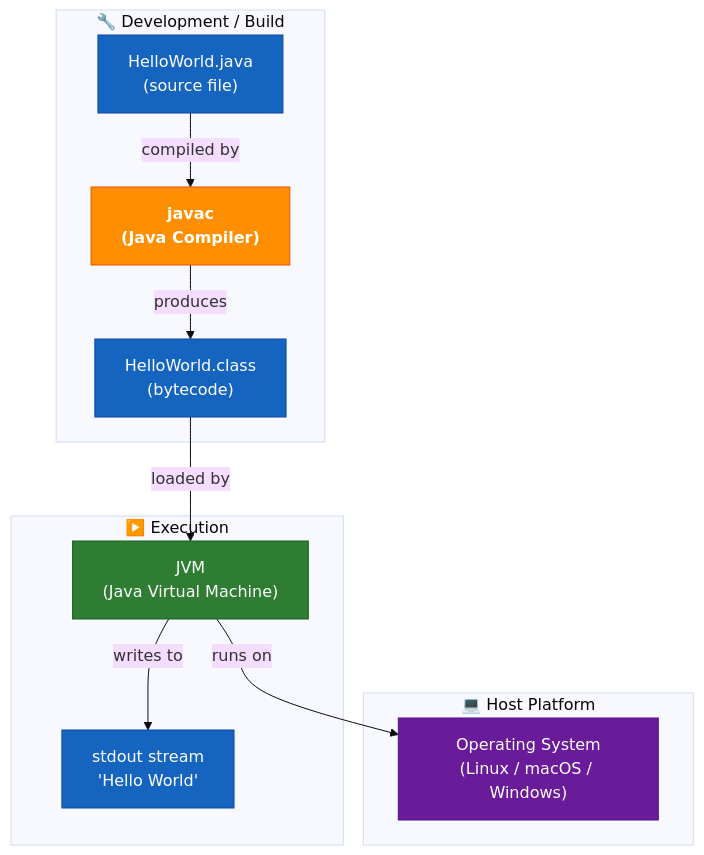
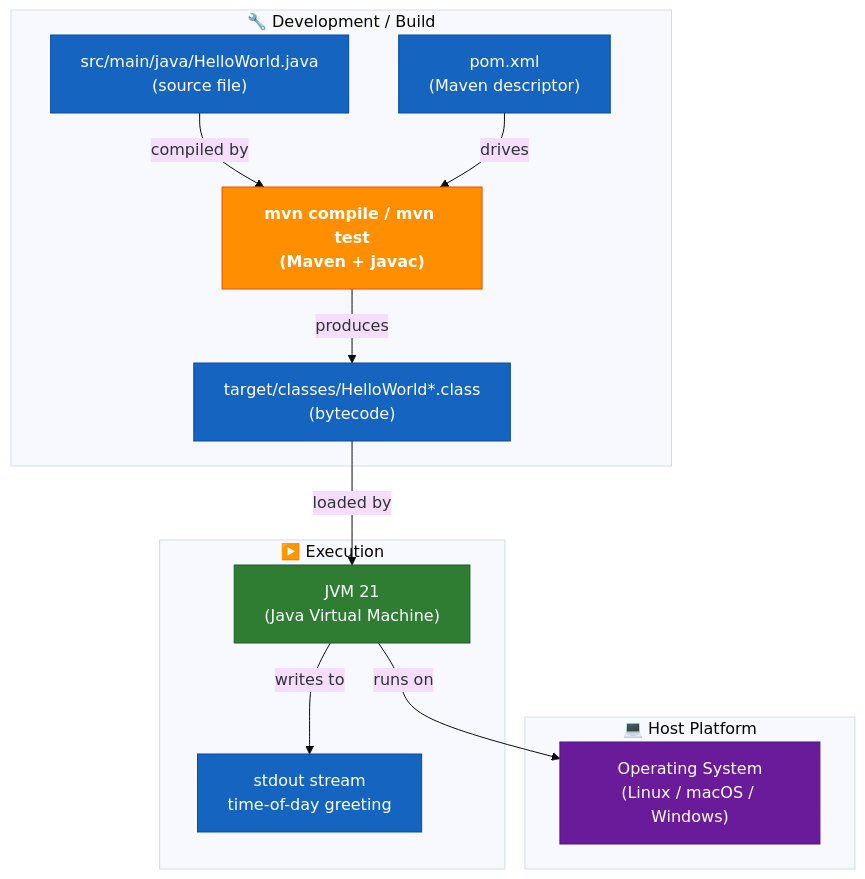
Before and after one commit to ktruchcz/copilot-test-ktruchcz: the second of 15 diagrams in arc42-documentation.md, drawn with Mermaid (base theme). The commit also changed other lines of this file and 8 other files, not shown here.

````diff
--- a/arc42-documentation.md
+++ b/arc42-documentation.md
@@ -118,28 +121,30 @@
 ```mermaid
 graph TB
     classDef tool fill:#FF8F00,stroke:#E65100,color:#fff,font-weight:bold
     classDef artifact fill:#1565C0,stroke:#0D47A1,color:#fff
     classDef runtime fill:#2E7D32,stroke:#1B5E20,color:#fff
     classDef os fill:#6A1B9A,stroke:#4A148C,color:#fff
 
     subgraph dev["🔧 Development / Build"]
-        src["HelloWorld.java\n(source file)"]:::artifact
-        javac["javac\n(Java Compiler)"]:::tool
-        class_file["HelloWorld.class\n(bytecode)"]:::artifact
+        src["src/main/java/HelloWorld.java\n(source file)"]:::artifact
+        pom["pom.xml\n(Maven descriptor)"]:::artifact
+        mvn["mvn compile / mvn test\n(Maven + javac)"]:::tool
+        class_file["target/classes/HelloWorld*.class\n(bytecode)"]:::artifact
     end
 
     subgraph exec["▶️ Execution"]
-        jvm["JVM\n(Java Virtual Machine)"]:::runtime
-        stdout["stdout stream\n'Hello World'"]:::artifact
+        jvm["JVM 21\n(Java Virtual Machine)"]:::runtime
+        stdout["stdout stream\ntime-of-day greeting"]:::artifact
     end
 
     subgraph platform["💻 Host Platform"]
         os["Operating System\n(Linux / macOS / Windows)"]:::os
     end
 
-    src -->|"compiled by"| javac
-    javac -->|"produces"| class_file
+    src -->|"compiled by"| mvn
+    pom -->|"drives"| mvn
+    mvn -->|"produces"| class_file
     class_file -->|"loaded by"| jvm
     jvm -->|"writes to"| stdout
     jvm -->|"runs on"| os
 ```
````
